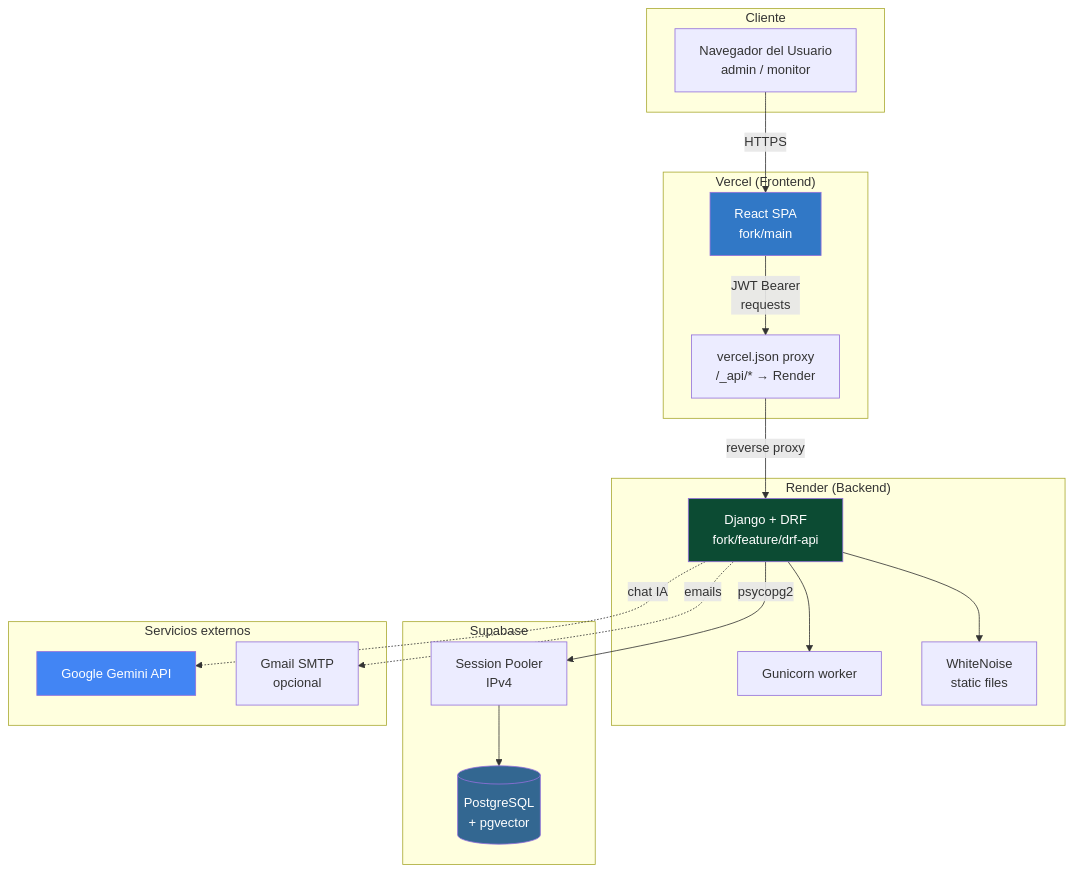
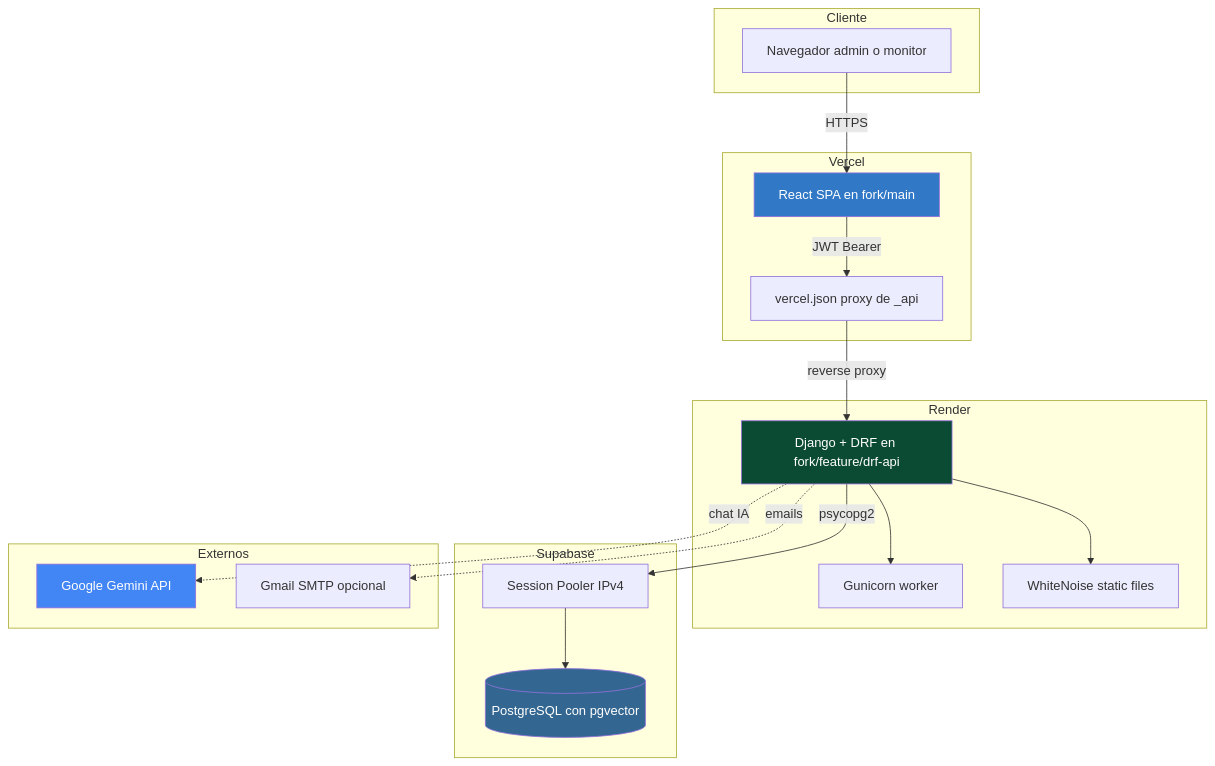
One commit to FilipaoVfx/Sistema-de-gestion-de-monitores changed the first of 10 diagrams in README.md. Above: the diagram before and after it, drawn with Mermaid. The commit also changed other lines of this file, not shown here.

Commit message:
docs(readme): sanitiza diagramas Mermaid para GitHub renderer

````diff
--- a/README.md
+++ b/README.md
@@ -71,42 +71,42 @@
 ```mermaid
 graph TB
-    subgraph "Cliente"
-        BR[Navegador del Usuario<br/>admin / monitor]
+    subgraph Cliente
+        BR[Navegador admin o monitor]
     end
 
-    subgraph "Vercel (Frontend)"
-        SPA[React SPA<br/>fork/main]
-        PROXY["vercel.json proxy<br/>/_api/* → Render"]
+    subgraph Vercel
+        SPA[React SPA en fork/main]
+        PROXY[vercel.json proxy de _api]
     end
 
-    subgraph "Render (Backend)"
-        DJ[Django + DRF<br/>fork/feature/drf-api]
+    subgraph Render
+        DJ[Django + DRF en fork/feature/drf-api]
         GUN[Gunicorn worker]
-        WN[WhiteNoise<br/>static files]
+        WN[WhiteNoise static files]
     end
 
-    subgraph "Supabase"
-        PG[(PostgreSQL<br/>+ pgvector)]
-        POOL[Session Pooler<br/>IPv4]
+    subgraph Supabase
+        PG[(PostgreSQL con pgvector)]
+        POOL[Session Pooler IPv4]
     end
 
-    subgraph "Servicios externos"
+    subgraph Externos
         GEM[Google Gemini API]
-        SMTP[Gmail SMTP<br/>opcional]
+        SMTP[Gmail SMTP opcional]
     end
 
     BR -->|HTTPS| SPA
-    SPA -->|JWT Bearer<br/>requests| PROXY
+    SPA -->|JWT Bearer| PROXY
     PROXY -->|reverse proxy| DJ
     DJ --> GUN
     DJ --> WN
     DJ -->|psycopg2| POOL
     POOL --> PG
     DJ -.->|chat IA| GEM
     DJ -.->|emails| SMTP
 
     style SPA fill:#3178c6,color:#fff
     style DJ fill:#0c4b33,color:#fff
     style PG fill:#336791,color:#fff
     style GEM fill:#4285f4,color:#fff
 ```
````
